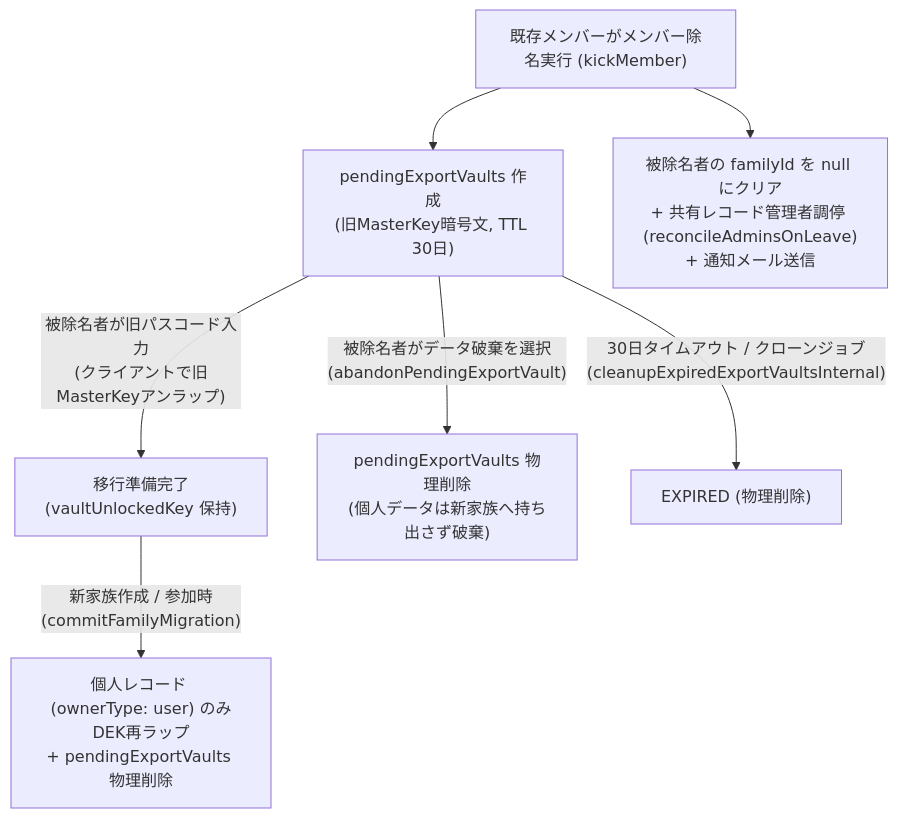
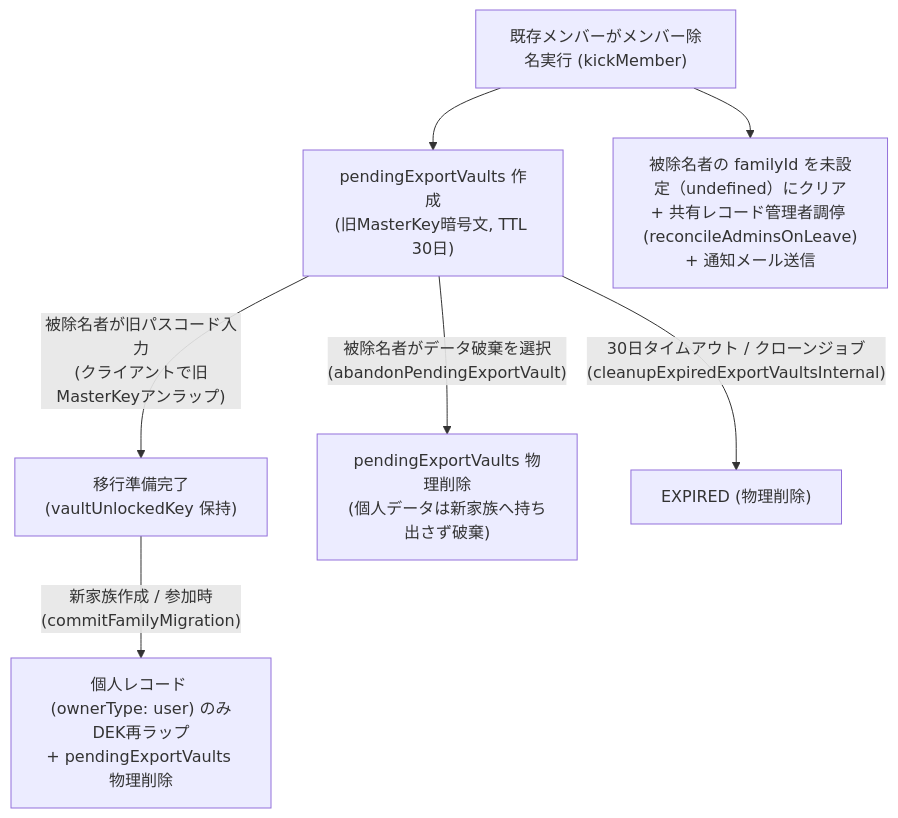
Before and after one commit to luthpg/poohma: the fifth of 5 diagrams in .ai/domain.md, drawn with Mermaid. The commit also changed 3 other files, not shown here.

````diff
--- a/.ai/domain.md
+++ b/.ai/domain.md
@@ -89,11 +89,11 @@
 ```mermaid
 flowchart TD
     Kick["既存メンバーがメンバー除名実行 (kickMember)"] --> VaultCreated["pendingExportVaults 作成<br/>(旧MasterKey暗号文, TTL 30日)"]
-    Kick --> FamilyCleared["被除名者の familyId を null にクリア<br/>+ 共有レコード管理者調停 (reconcileAdminsOnLeave)<br/>+ 通知メール送信"]
+    Kick --> FamilyCleared["被除名者の familyId を未設定（undefined）にクリア<br/>+ 共有レコード管理者調停 (reconcileAdminsOnLeave)<br/>+ 通知メール送信"]
     
     VaultCreated -->|"被除名者が旧パスコード入力<br/>(クライアントで旧MasterKeyアンラップ)"| Unlocked["移行準備完了<br/>(vaultUnlockedKey 保持)"]
     Unlocked -->|"新家族作成 / 参加時<br/>(commitFamilyMigration)"| Migrated["個人レコード (ownerType: user) のみDEK再ラップ<br/>+ pendingExportVaults 物理削除"]
     
     VaultCreated -->|"被除名者がデータ破棄を選択<br/>(abandonPendingExportVault)"| Abandoned["pendingExportVaults 物理削除<br/>(個人データは新家族へ持ち出さず破棄)"]
     VaultCreated -->|"30日タイムアウト / クローンジョブ<br/>(cleanupExpiredExportVaultsInternal)"| ExpiredVault["EXPIRED (物理削除)"]
 ```
````
